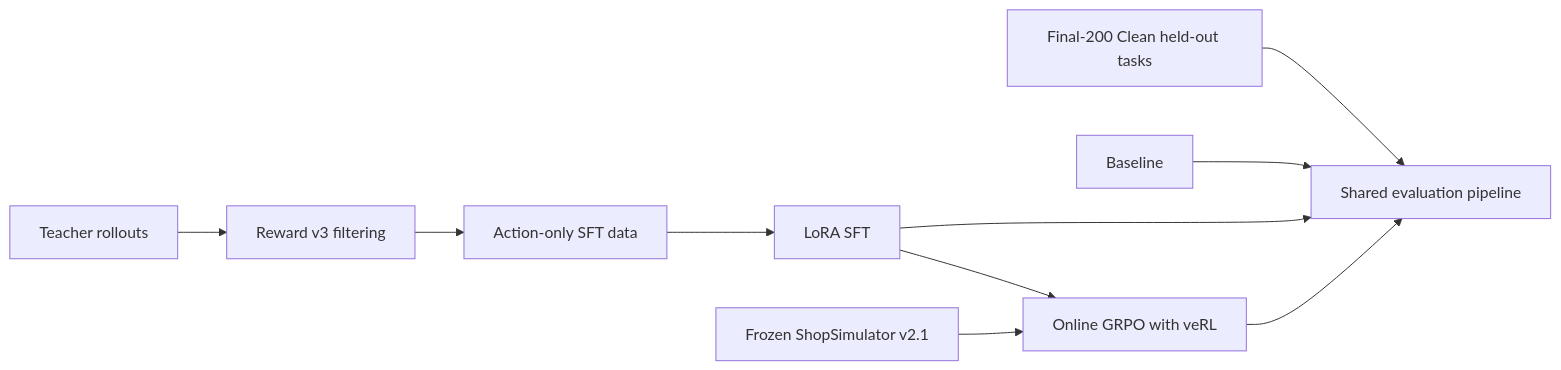
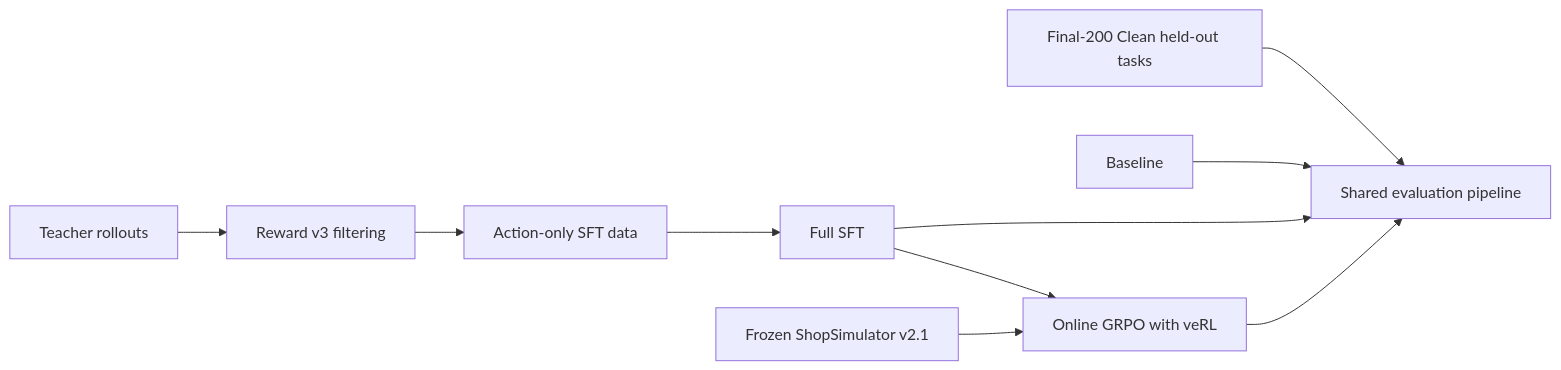
One commit to ZiqiGuan892/shop changed the first of 2 diagrams in README.en.md. Above: the diagram before and after it, drawn with Mermaid. The commit also changed other lines of this file and 9 other files, not shown here.

````diff
--- a/README.en.md
+++ b/README.en.md
@@ -59,12 +59,12 @@
 ```mermaid
 flowchart LR
     A[Teacher rollouts] --> B[Reward v3 filtering]
     B --> C[Action-only SFT data]
-    C --> D[LoRA SFT]
+    C --> D[Full SFT]
     D --> E[Online GRPO with veRL]
     F[Frozen ShopSimulator v2.1] --> E
     G[Final-200 Clean held-out tasks] --> H[Shared evaluation pipeline]
     I[Baseline] --> H
     D --> H
     E --> H
 ```
````
